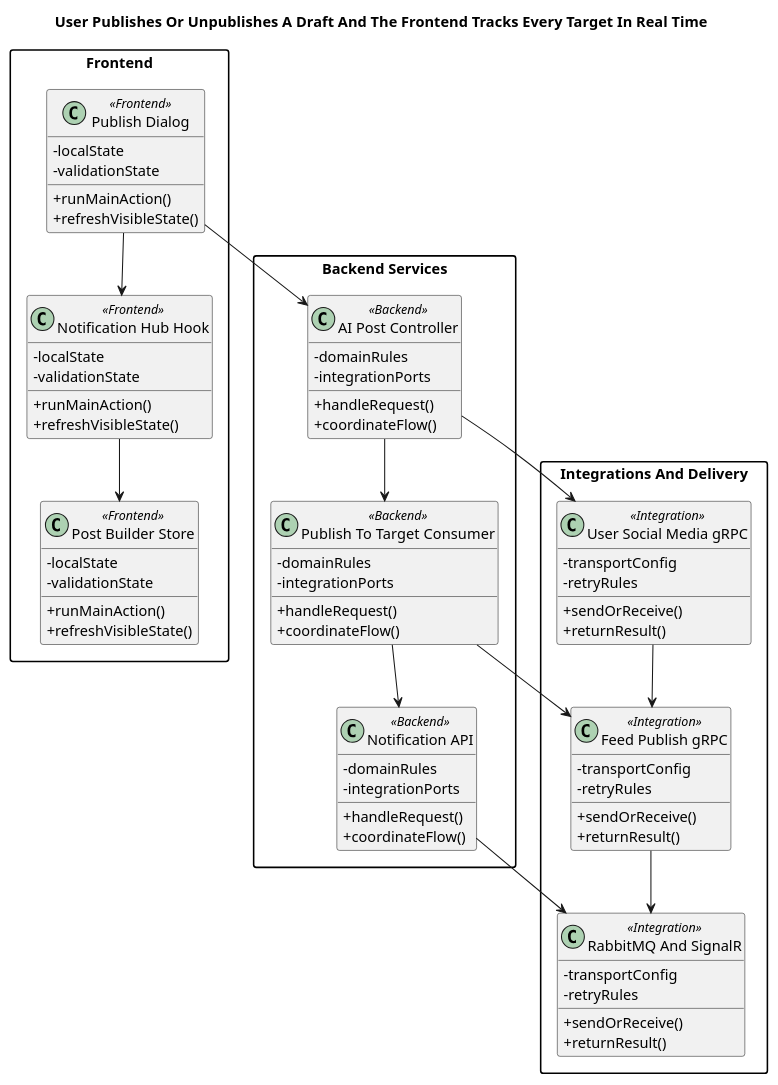
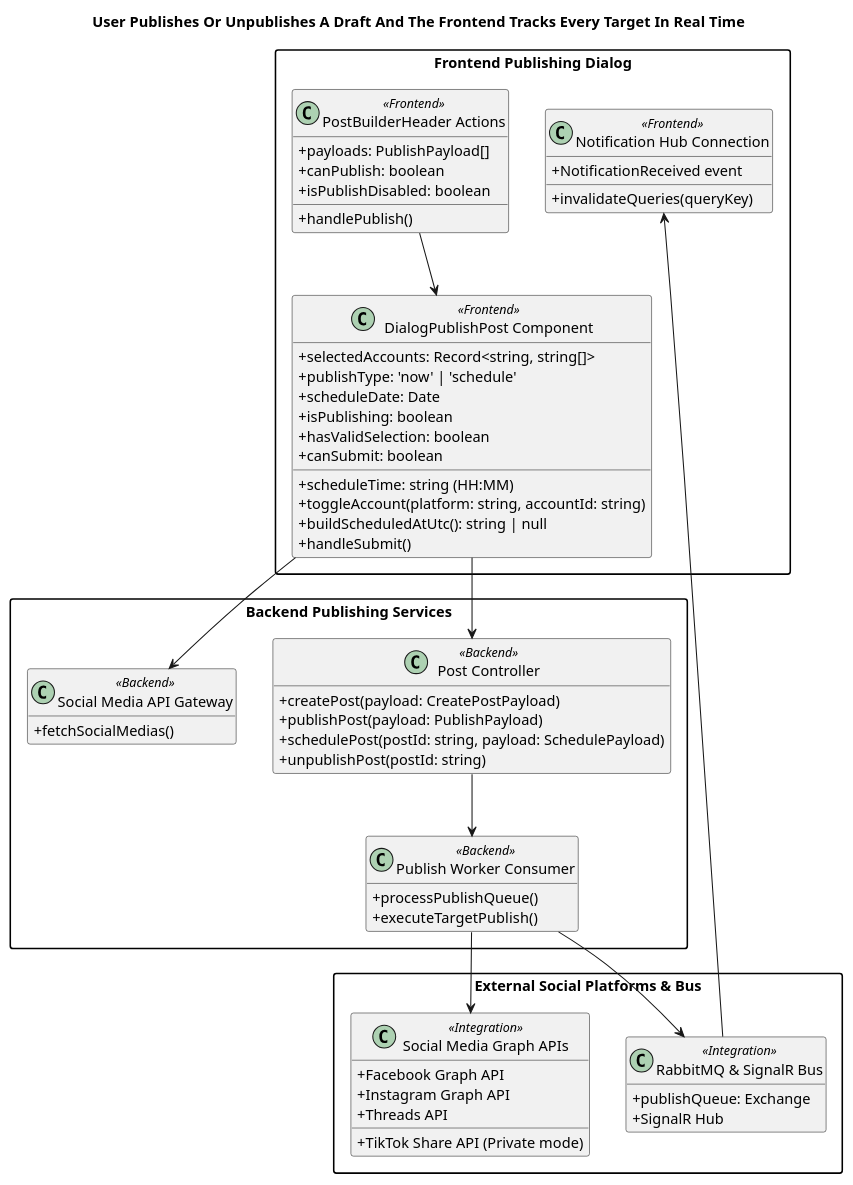
One commit to VKev/MeAI-BE changed the first of 2 diagrams in plantuml/features/meai-user-publishes-a-post-builder-and-receives-realtime-status.puml. Above: the diagram before and after it, drawn with PlantUML. The commit also changed other lines of this file and 8 other files, not shown here.

```diff
--- a/plantuml/features/meai-user-publishes-a-post-builder-and-receives-realtime-status.puml
+++ b/plantuml/features/meai-user-publishes-a-post-builder-and-receives-realtime-status.puml
@@ -1,77 +1,69 @@
 @startuml
 title User Publishes Or Unpublishes A Draft And The Frontend Tracks Every Target In Real Time
 skinparam shadowing false
 skinparam classAttributeIconSize 0
 skinparam packageStyle rectangle
 hide empty members
-package "Frontend" {
-class "Publish Dialog" as FE1 <<Frontend>> {
-  +runMainAction()
-  +refreshVisibleState()
-  -localState
-  -validationState
+
+package "Frontend Publishing Dialog" {
+class "DialogPublishPost Component" as FE1 <<Frontend>> {
+  +selectedAccounts: Record<string, string[]>
+  +publishType: 'now' | 'schedule'
+  +scheduleDate: Date
+  +scheduleTime: string (HH:MM)
+  +isPublishing: boolean
+  +toggleAccount(platform: string, accountId: string)
+  +buildScheduledAtUtc(): string | null
+  +hasValidSelection: boolean
+  +canSubmit: boolean
+  +handleSubmit()
 }
-class "Notification Hub Hook" as FE2 <<Frontend>> {
-  +runMainAction()
-  +refreshVisibleState()
-  -localState
-  -validationState
+class "PostBuilderHeader Actions" as FE2 <<Frontend>> {
+  +payloads: PublishPayload[]
+  +canPublish: boolean
+  +isPublishDisabled: boolean
+  +handlePublish()
 }
-class "Post Builder Store" as FE3 <<Frontend>> {
-  +runMainAction()
-  +refreshVisibleState()
-  -localState
-  -validationState
+class "Notification Hub Connection" as FE3 <<Frontend>> {
+  +NotificationReceived event
+  +invalidateQueries(queryKey)
 }
 }
-package "Backend Services" {
-class "AI Post Controller" as BE1 <<Backend>> {
-  +handleRequest()
-  +coordinateFlow()
-  -domainRules
-  -integrationPorts
+
+package "Backend Publishing Services" {
+class "Post Controller" as BE1 <<Backend>> {
+  +createPost(payload: CreatePostPayload)
+  +publishPost(payload: PublishPayload)
+  +schedulePost(postId: string, payload: SchedulePayload)
+  +unpublishPost(postId: string)
 }
-class "Publish To Target Consumer" as BE2 <<Backend>> {
-  +handleRequest()
-  +coordinateFlow()
-  -domainRules
-  -integrationPorts
+class "Social Media API Gateway" as BE2 <<Backend>> {
+  +fetchSocialMedias()
 }
-class "Notification API" as BE3 <<Backend>> {
-  +handleRequest()
-  +coordinateFlow()
-  -domainRules
-  -integrationPorts
+class "Publish Worker Consumer" as BE3 <<Backend>> {
+  +processPublishQueue()
+  +executeTargetPublish()
 }
 }
-package "Integrations And Delivery" {
-class "User Social Media gRPC" as INT1 <<Integration>> {
-  +sendOrReceive()
-  +returnResult()
-  -transportConfig
-  -retryRules
+
+package "External Social Platforms & Bus" {
+class "Social Media Graph APIs" as INT1 <<Integration>> {
+  +Facebook Graph API
+  +Instagram Graph API
+  +TikTok Share API (Private mode)
+  +Threads API
 }
-class "Feed Publish gRPC" as INT2 <<Integration>> {
-  +sendOrReceive()
-  +returnResult()
-  -transportConfig
-  -retryRules
-}
-class "RabbitMQ And SignalR" as INT3 <<Integration>> {
-  +sendOrReceive()
-  +returnResult()
-  -transportConfig
-  -retryRules
+class "RabbitMQ & SignalR Bus" as INT2 <<Integration>> {
+  +publishQueue: Exchange
+  +SignalR Hub
 }
 }
-FE1 --> FE2
-FE2 --> FE3
+
+FE2 --> FE1
+FE1 --> BE2
 FE1 --> BE1
-BE1 --> BE2
-BE2 --> BE3
-BE1 --> INT1
-BE2 --> INT2
-BE3 --> INT3
-INT1 --> INT2
-INT2 --> INT3
+BE1 --> BE3
+BE3 --> INT2
+INT2 --> FE3
+BE3 --> INT1
 @enduml
```
